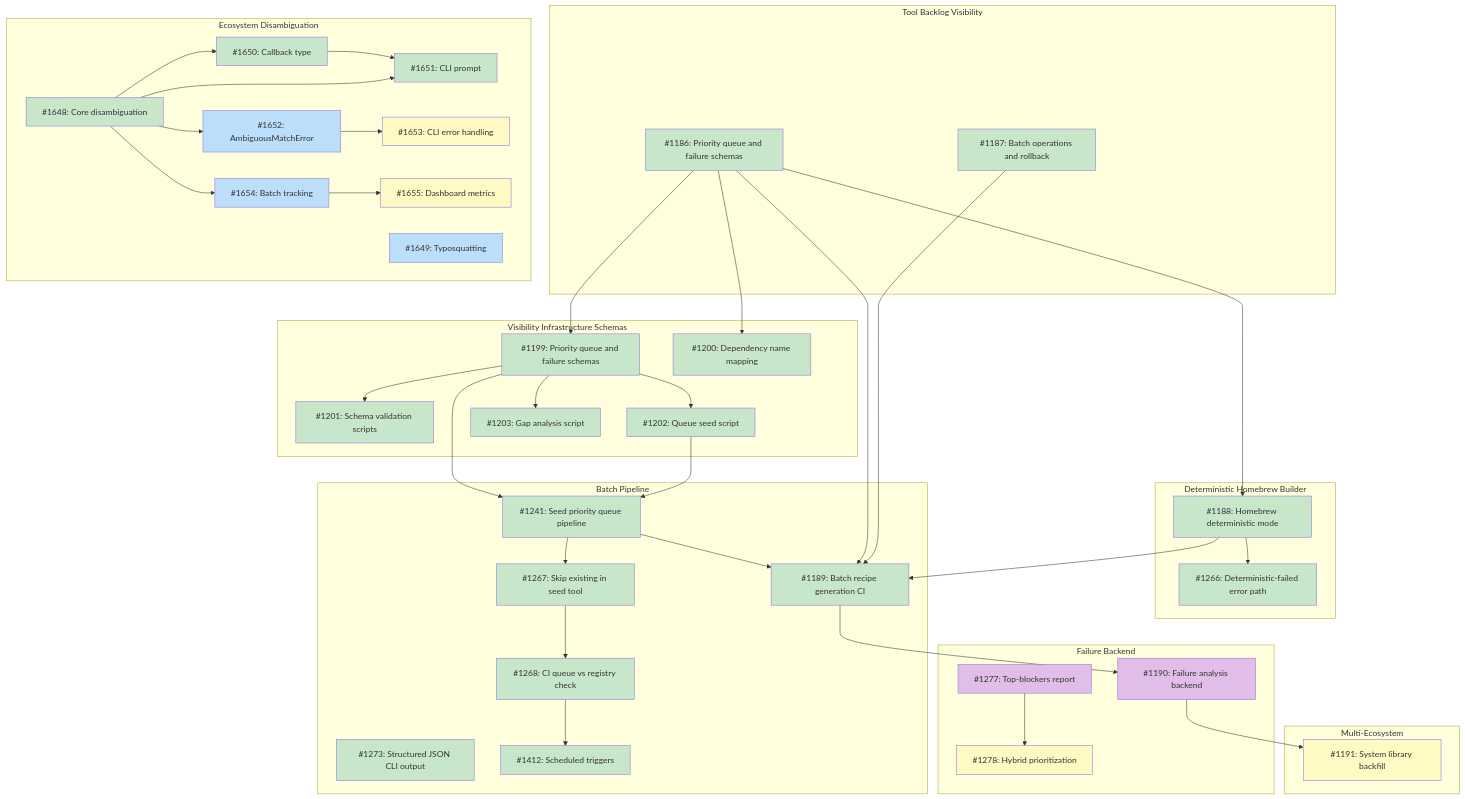
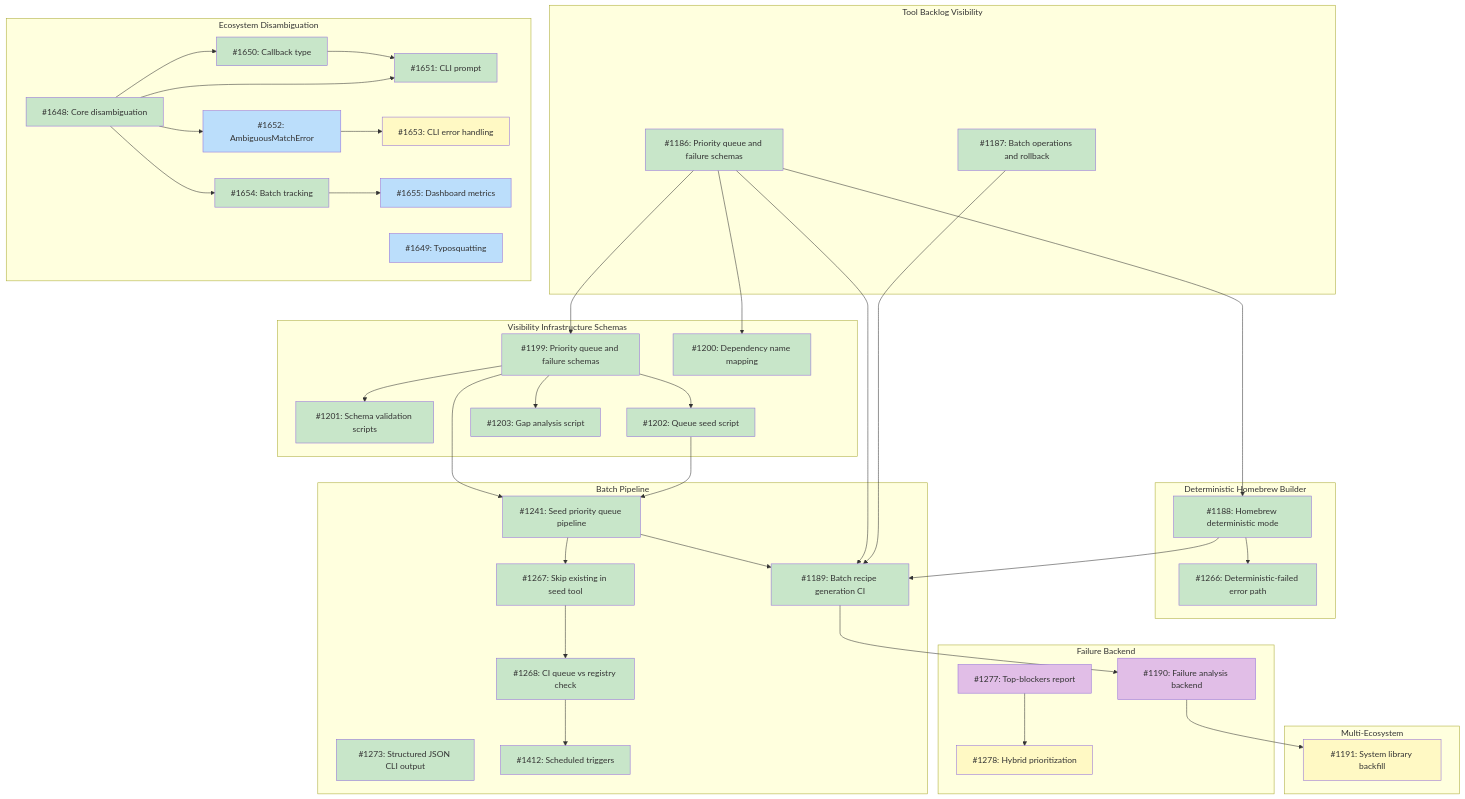
The diagram in docs/designs/DESIGN-registry-scale-strategy.md (tsukumogami/tsuku), drawn with Mermaid before and after one commit. The commit also changed other lines of this file and 1 other file, not shown here.

Commit message:
docs: mark issue 1654 complete in design docs

````diff
--- a/docs/designs/DESIGN-registry-scale-strategy.md
+++ b/docs/designs/DESIGN-registry-scale-strategy.md
@@ -187,7 +187,7 @@
     class I1278 blocked
     class I1412 done
     class I1191 blocked
-    class I1648,I1650,I1651 done
-    class I1649,I1652,I1654 ready
-    class I1653,I1655 blocked
+    class I1648,I1650,I1651,I1654 done
+    class I1649,I1652,I1655 ready
+    class I1653 blocked
 ```
````
